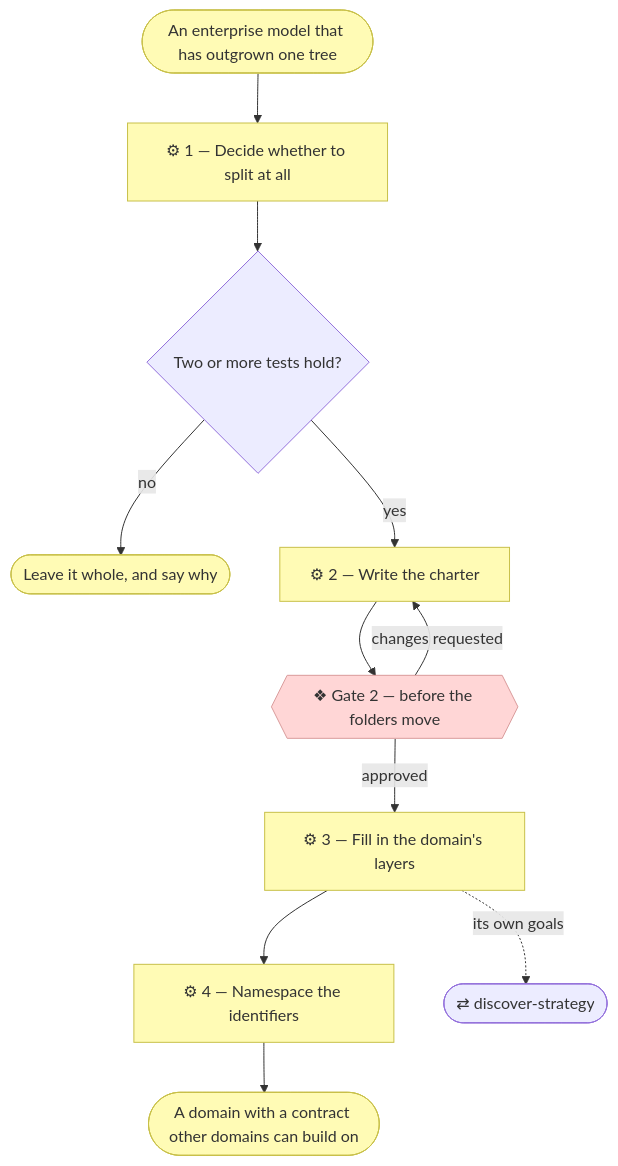
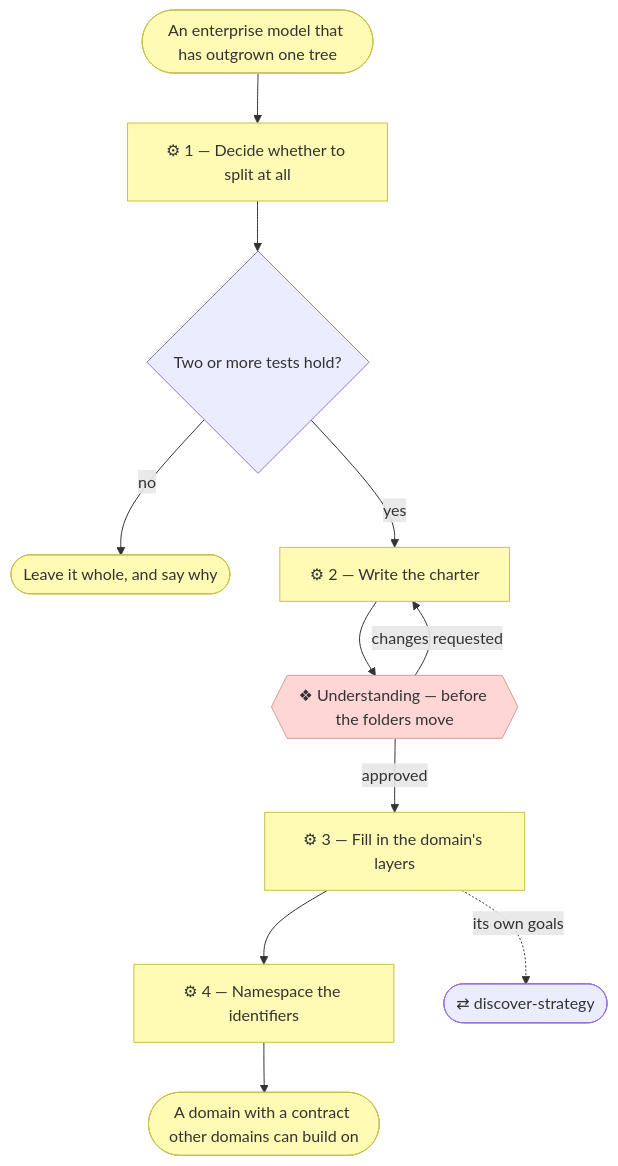
Before and after one commit to roanboc/archreator: the diagram in plugins/archreator/skills/model-domains/SKILL.md, drawn with Mermaid. The commit also changed other lines of this file and 32 other files, not shown here.

````diff
--- a/plugins/archreator/skills/model-domains/SKILL.md
+++ b/plugins/archreator/skills/model-domains/SKILL.md
@@ -45,25 +45,25 @@
 ```mermaid
 flowchart TD
   trig(["An enterprise model that has outgrown one tree"])
   s1["⚙ 1 — Decide whether to split at all"]
   v{"Two or more tests hold?"}
   stop(["Leave it whole, and say why"])
   s2["⚙ 2 — Write the charter"]
-  g2{{"❖ Gate 2 — before the folders move"}}
+  g2{{"❖ Understanding — before the folders move"}}
   s3["⚙ 3 — Fill in the domain's layers"]
   s4["⚙ 4 — Namespace the identifiers"]
   ds(["⇄ discover-strategy"])
   out(["A domain with a contract other domains can build on"])
 
   trig --> s1 --> v
   v -->|no| stop
   v -->|yes| s2 --> g2
   g2 -->|changes requested| s2
   g2 -->|approved| s3 --> s4 --> out
   s3 -. its own goals .-> ds
 
   classDef business fill:#fffbb5,stroke:#c8c04a,color:#333
   classDef implementation fill:#ffd6d6,stroke:#d99b9b,color:#333
   class s1,s2,s3,s4,trig,out,stop business
   class g2 implementation
 ```
````
